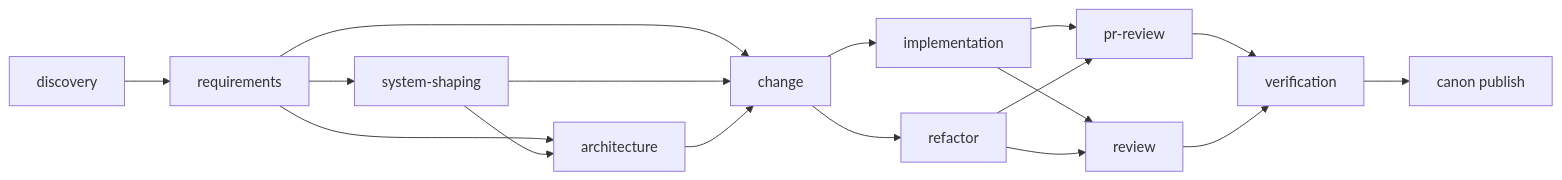
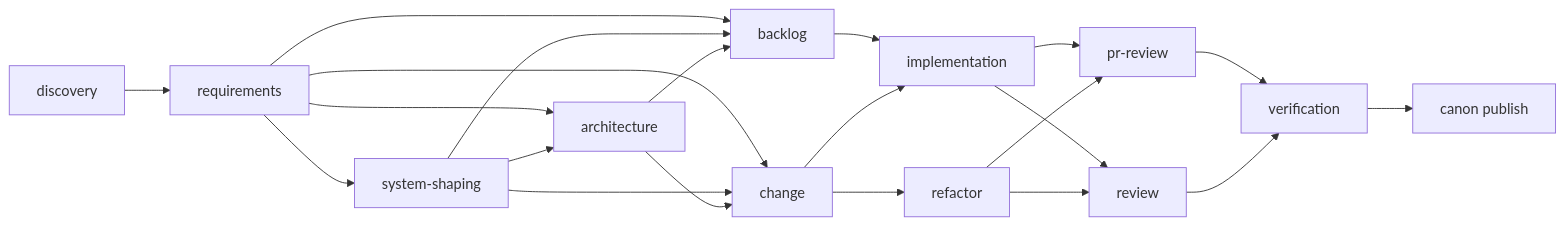
The second of 4 diagrams in MODE_GUIDE.md (apply-the/canon), drawn with Mermaid before and after one commit. The commit also changed other lines of this file and 60 other files, not shown here.

````diff
--- a/MODE_GUIDE.md
+++ b/MODE_GUIDE.md
@@ -212,19 +219,23 @@
 ```mermaid
 flowchart LR
   D[discovery] --> R[requirements]
   R --> SS[system-shaping]
   R --> CH[change]
   R --> ARC[architecture]
+  R --> BL[backlog]
   SS --> ARC
+  SS --> BL[backlog]
   SS --> CH
   ARC --> CH
-  CH --> IMPL[implementation]
+  ARC --> BL
+  BL --> IMPL[implementation]
+  CH --> IMPL
   CH --> REFA[refactor]
   IMPL --> RV[review]
   REFA --> RV
   IMPL --> PR[pr-review]
   REFA --> PR
   PR --> V[verification]
   RV --> V
   V --> PUB[canon publish]
 ```
````
